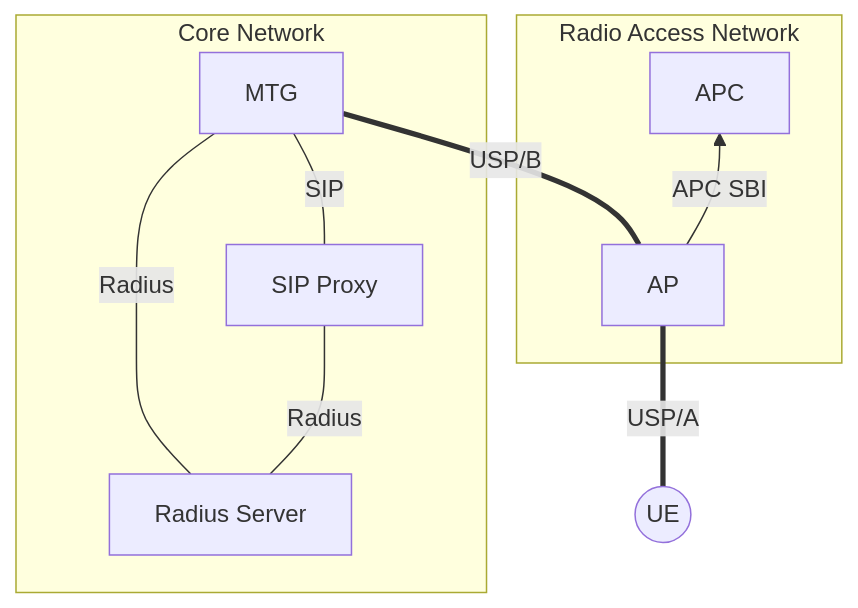
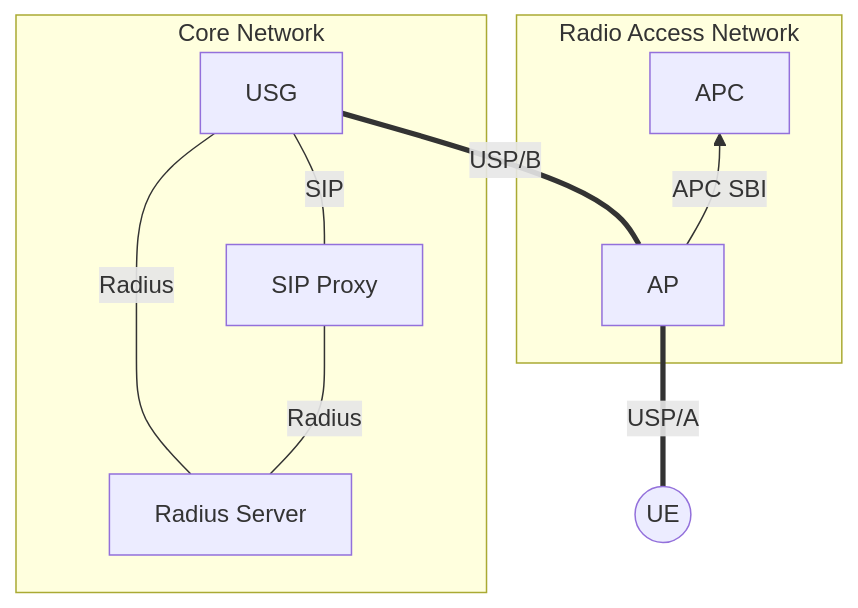
Before and after one commit to samuelh2005/cc-telecom: the diagram in docs/architecture.md, drawn with Mermaid. The commit also changed other lines of this file, not shown here.

Commit message:
docs: rename MTG to USG for more clarity

````diff
--- a/docs/architecture.md
+++ b/docs/architecture.md
@@ -19,24 +19,24 @@
 ```mermaid
 flowchart BT
     UE((UE))
 
     subgraph "Radio Access Network"
         AP[AP]
         APC[APC]
 
         AP --> |"APC SBI"| APC
     end
 
     subgraph "Core Network"
         RS["Radius Server"]
         SIP["SIP Proxy"]
-        MTG[MTG]
+        USG[USG]
         
-        RS --- |"Radius"| MTG
+        RS --- |"Radius"| USG
         RS --- |"Radius"| SIP
-        SIP --- |"SIP"| MTG
+        SIP --- |"SIP"| USG
     end
     
-    AP === |"USP/B"| MTG
+    AP === |"USP/B"| USG
     UE === |"USP/A"| AP
 ```
````
